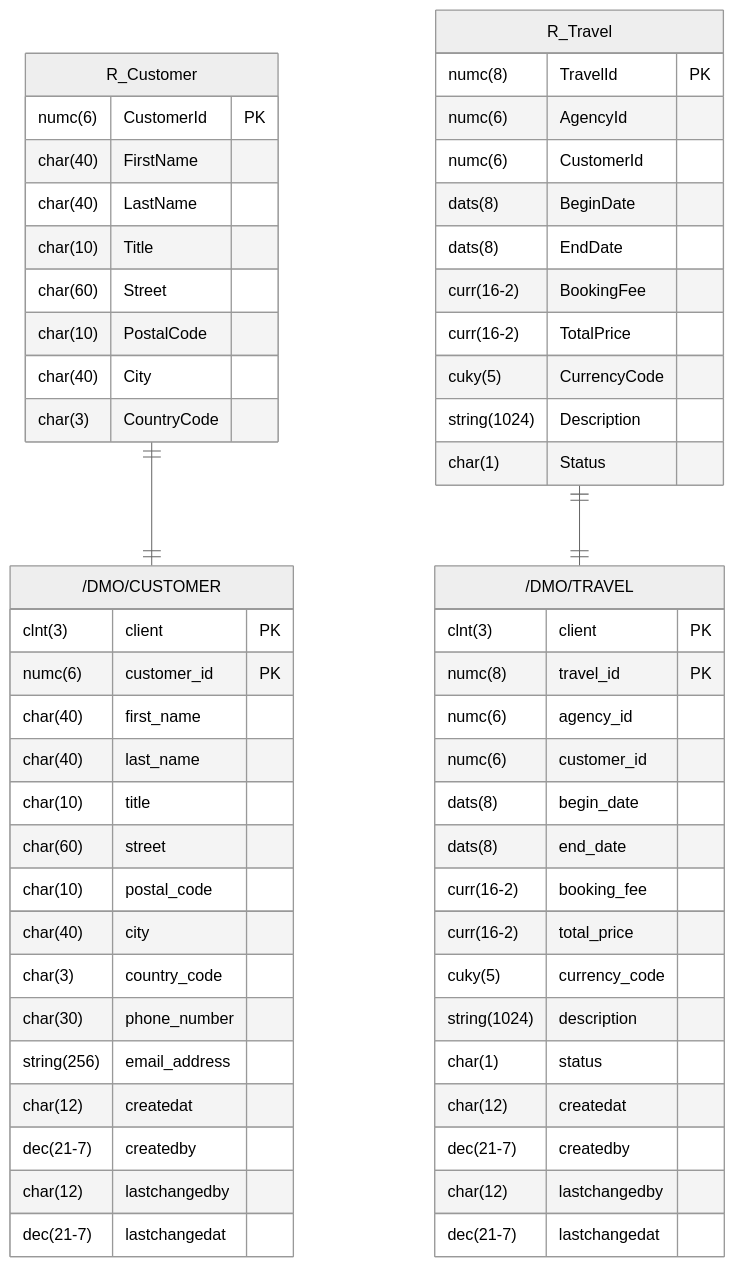
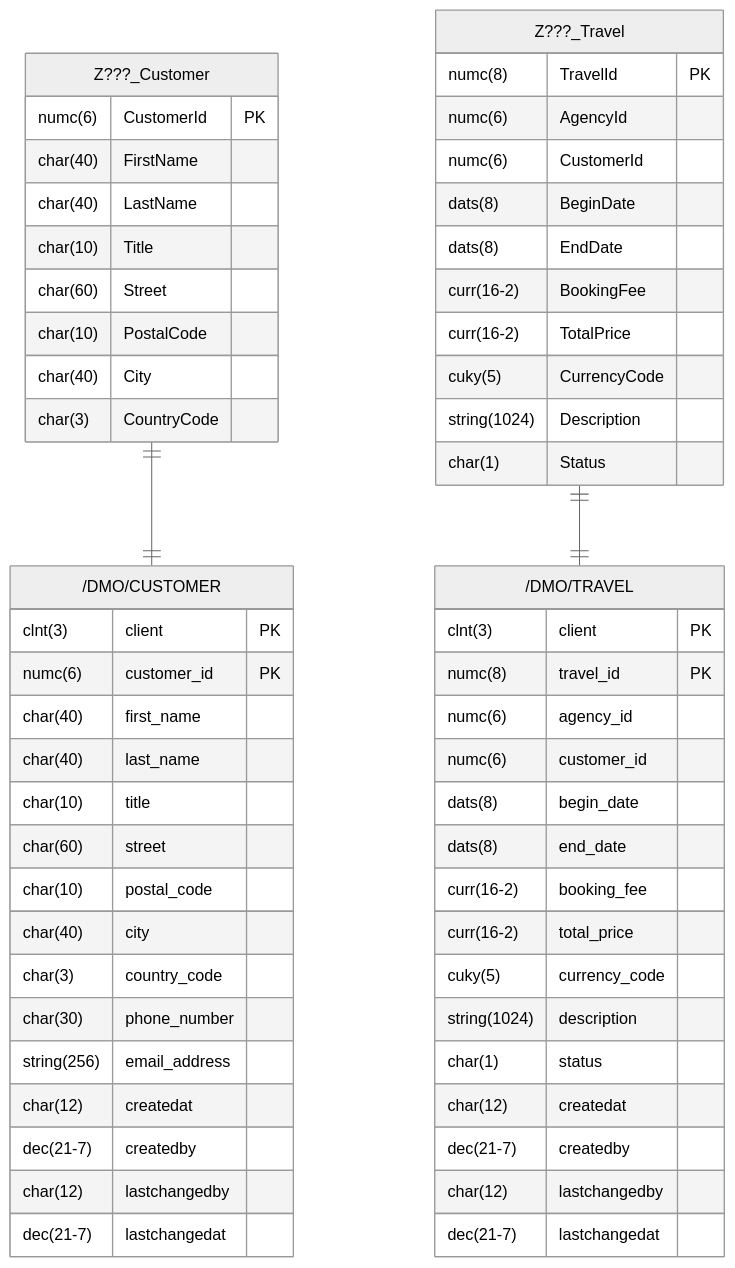
One commit to appenmaier/s4hana changed the diagram in docs/exercises/abap-cds/abap-cds-02.md. Above: the diagram before and after it, drawn with Mermaid (neutral theme). The commit also changed other lines of this file and 38 other files, not shown here.

````diff
--- a/docs/exercises/abap-cds/abap-cds-02.md
+++ b/docs/exercises/abap-cds/abap-cds-02.md
@@ -10,66 +10,66 @@
 ```mermaid
 erDiagram
 
-    R_Customer ||--|| "/DMO/CUSTOMER" : ""
-    R_Travel ||--|| "/DMO/TRAVEL" : ""
+    "Z???_Customer" ||--|| "/DMO/CUSTOMER" : ""
+    "Z???_Travel" ||--|| "/DMO/TRAVEL" : ""
 
-    R_Customer {
+    "Z???_Customer" {
         numc(6) CustomerId PK
         char(40) FirstName
         char(40) LastName
         char(10) Title
         char(60) Street
         char(10) PostalCode
         char(40) City
         char(3) CountryCode
     }
 
     "/DMO/CUSTOMER" {
         clnt(3) client PK
         numc(6) customer_id PK
         char(40) first_name
         char(40) last_name
         char(10) title
         char(60) street
         char(10) postal_code
         char(40) city
         char(3) country_code
         char(30) phone_number
         string(256) email_address
         char(12) createdat
         dec(21-7) createdby
         char(12) lastchangedby
         dec(21-7) lastchangedat
     }
 
-    R_Travel {
+    "Z???_Travel" {
         numc(8) TravelId PK
         numc(6) AgencyId
         numc(6) CustomerId
         dats(8) BeginDate
         dats(8) EndDate
         curr(16-2) BookingFee
         curr(16-2) TotalPrice
         cuky(5) CurrencyCode
         string(1024) Description
         char(1) Status
     }
 
     "/DMO/TRAVEL" {
         clnt(3) client PK
         numc(8) travel_id PK
         numc(6) agency_id
         numc(6) customer_id
         dats(8) begin_date
         dats(8) end_date
         curr(16-2) booking_fee
         curr(16-2) total_price
         cuky(5) currency_code
         string(1024) description
         char(1) status
         char(12) createdat
         dec(21-7) createdby
         char(12) lastchangedby
         dec(21-7) lastchangedat
     }
 ```
````
